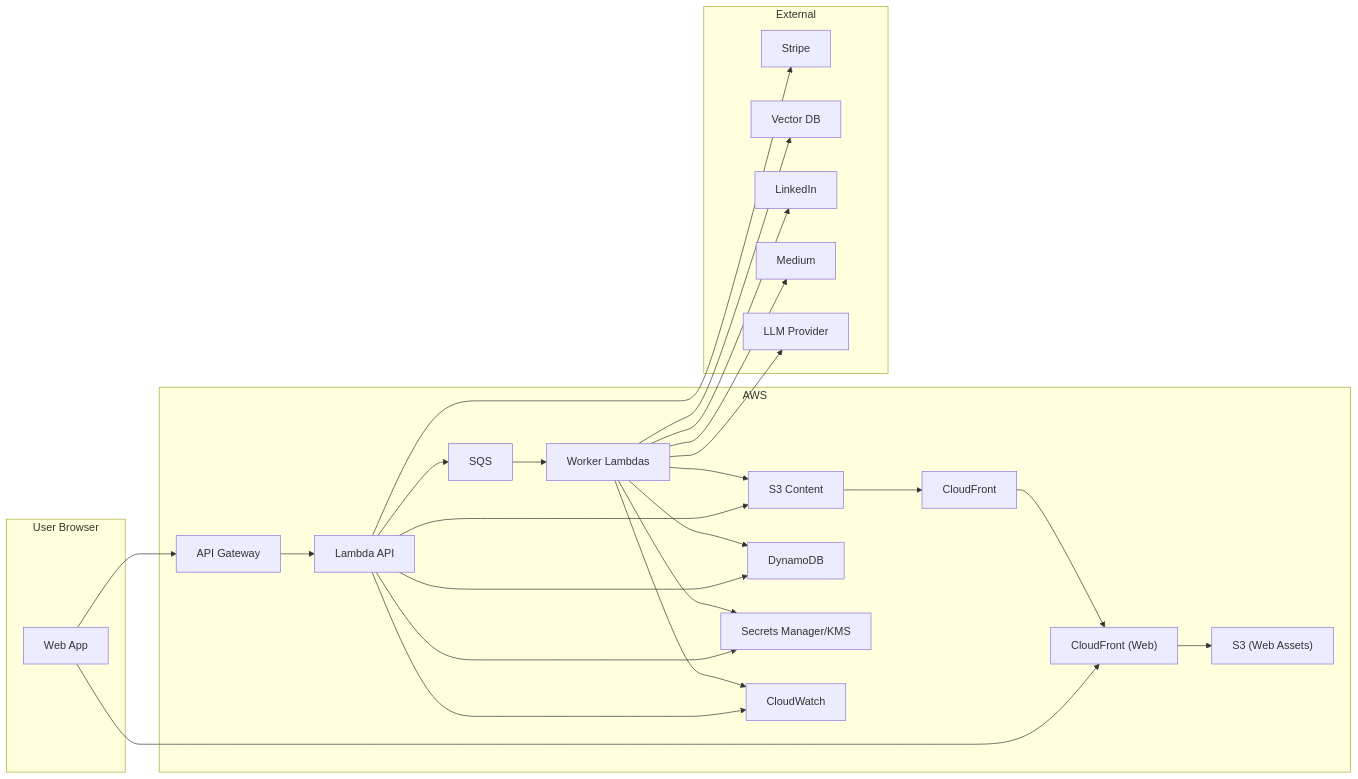
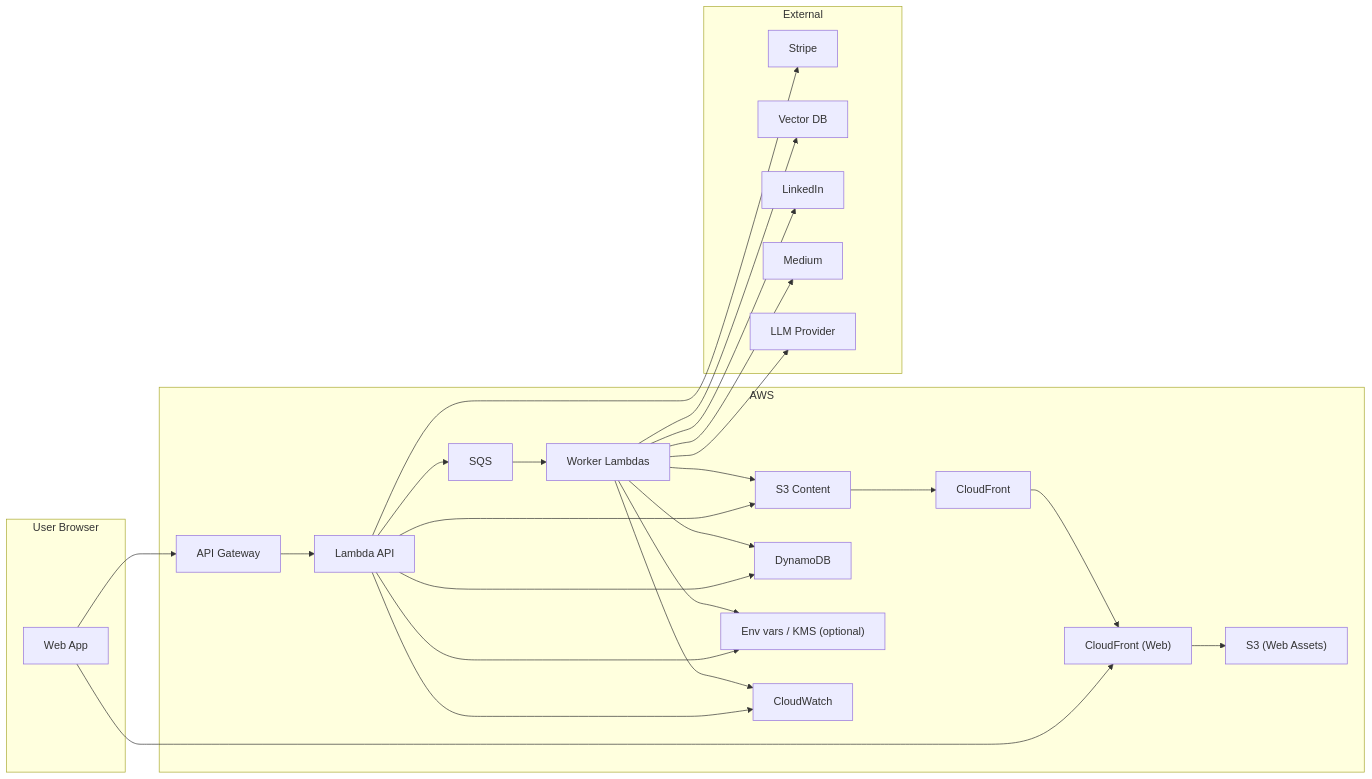
One commit to AhmedYassinH/noteship changed the seventh of 7 diagrams in docs/technical/noteship-system-architecture.md. Above: the diagram before and after it, drawn with Mermaid. The commit also changed other lines of this file and 7 other files, not shown here.

Commit message:
docs: revert runtime config to env vars

````diff
--- a/docs/technical/noteship-system-architecture.md
+++ b/docs/technical/noteship-system-architecture.md
@@ -351,48 +351,48 @@
 ```mermaid
 flowchart LR
   subgraph User["User Browser"]
     B["Web App"]
   end
 
   subgraph AWS["AWS"]
     CFWEB["CloudFront (Web)"]
     S3WEB["S3 (Web Assets)"]
     APIGW["API Gateway"]
     LAPI["Lambda API"]
     S3["S3 Content"]
     CF["CloudFront"]
     DDB["DynamoDB"]
     SQS["SQS"]
     W["Worker Lambdas"]
-    SM["Secrets Manager/KMS"]
+    SM["Env vars / KMS (optional)"]
     CW["CloudWatch"]
   end
 
   subgraph External["External"]
     STRIPE["Stripe"]
     VDB["Vector DB"]
     LI["LinkedIn"]
     MED["Medium"]
     LLM["LLM Provider"]
   end
 
   B --> CFWEB
   CFWEB --> S3WEB
   B --> APIGW --> LAPI
   LAPI --> DDB
   LAPI --> S3
   LAPI --> SQS
   SQS --> W
   W --> DDB
   W --> S3
   W --> VDB
   W --> LI
   W --> MED
   LAPI --> STRIPE
   W --> LLM
   LAPI --> SM
   W --> SM
   LAPI --> CW
   W --> CW
   S3 --> CF --> CFWEB
 ```
````
